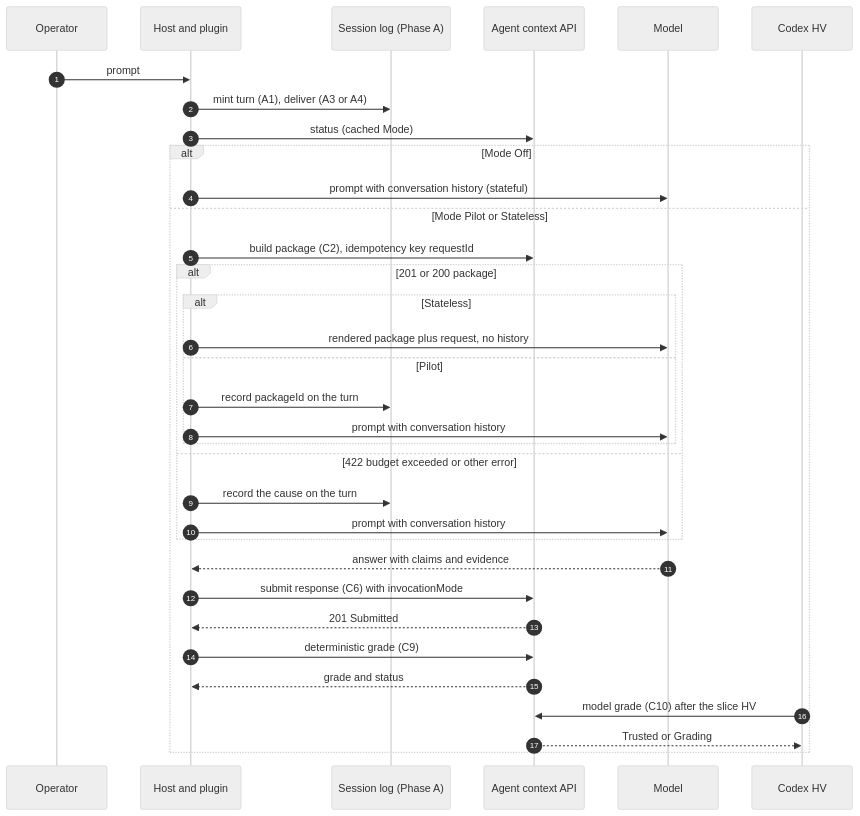
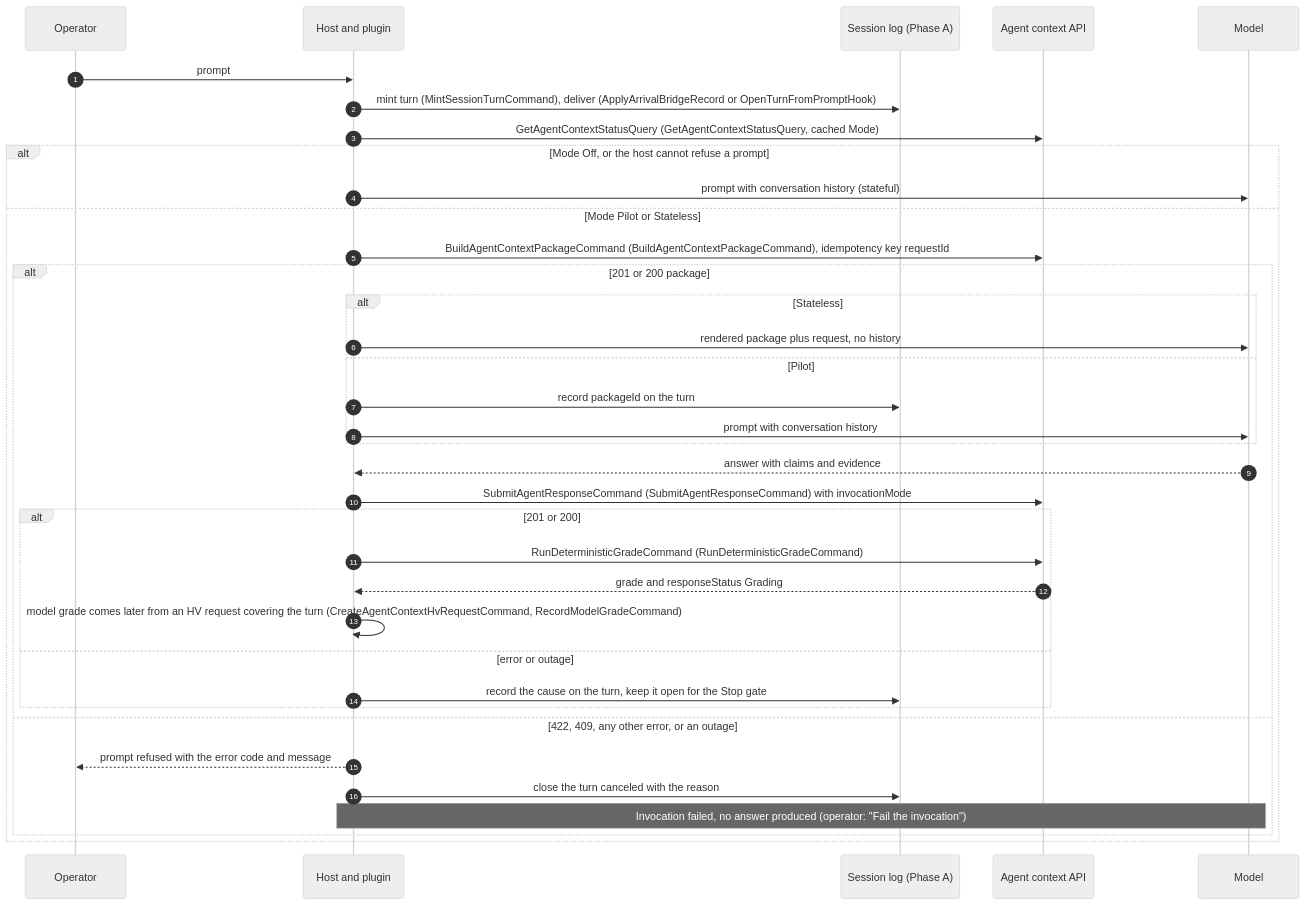
One commit to sharpninja/McpServer changed diagram 45 of 59 in docs/Stateless-Agent-Context-Management.md. Above: the diagram before and after it, drawn with Mermaid (neutral theme). The commit also changed other lines of this file, not shown here.

First line of the commit message:
docs: update stateless agent context for the PowerShell-only plugin core

````diff
--- a/docs/Stateless-Agent-Context-Management.md
+++ b/docs/Stateless-Agent-Context-Management.md
@@ -1367,36 +1517,38 @@
 ```mermaid
 sequenceDiagram
     autonumber
     participant OP as Operator
     participant H as Host and plugin
     participant SL as Session log (Phase A)
     participant AC as Agent context API
     participant M as Model
-    participant HV as Codex HV
     OP->>H: prompt
-    H->>SL: mint turn (A1), deliver (A3 or A4)
-    H->>AC: status (cached Mode)
-    alt Mode Off
+    H->>SL: mint turn (MintSessionTurnCommand), deliver (ApplyArrivalBridgeRecord or OpenTurnFromPromptHook)
+    H->>AC: GetAgentContextStatusQuery (GetAgentContextStatusQuery, cached Mode)
+    alt Mode Off, or the host cannot refuse a prompt
         H->>M: prompt with conversation history (stateful)
     else Mode Pilot or Stateless
-        H->>AC: build package (C2), idempotency key requestId
+        H->>AC: BuildAgentContextPackageCommand (BuildAgentContextPackageCommand), idempotency key requestId
         alt 201 or 200 package
             alt Stateless
                 H->>M: rendered package plus request, no history
             else Pilot
                 H->>SL: record packageId on the turn
                 H->>M: prompt with conversation history
             end
-        else 422 budget exceeded or other error
-            H->>SL: record the cause on the turn
-            H->>M: prompt with conversation history
+            M-->>H: answer with claims and evidence
+            H->>AC: SubmitAgentResponseCommand (SubmitAgentResponseCommand) with invocationMode
+            alt 201 or 200
+                H->>AC: RunDeterministicGradeCommand (RunDeterministicGradeCommand)
+                AC-->>H: grade and responseStatus Grading
+                H->>H: model grade comes later from an HV request covering the turn (CreateAgentContextHvRequestCommand, RecordModelGradeCommand)
+            else error or outage
+                H->>SL: record the cause on the turn, keep it open for the Stop gate
+            end
+        else 422, 409, any other error, or an outage
+            H-->>OP: prompt refused with the error code and message
+            H->>SL: close the turn canceled with the reason
+            Note over H,M: Invocation failed, no answer produced (operator: "Fail the invocation")
         end
-        M-->>H: answer with claims and evidence
-        H->>AC: submit response (C6) with invocationMode
-        AC-->>H: 201 Submitted
-        H->>AC: deterministic grade (C9)
-        AC-->>H: grade and status
-        HV->>AC: model grade (C10) after the slice HV
-        AC-->>HV: Trusted or Grading
     end
 ```
````
